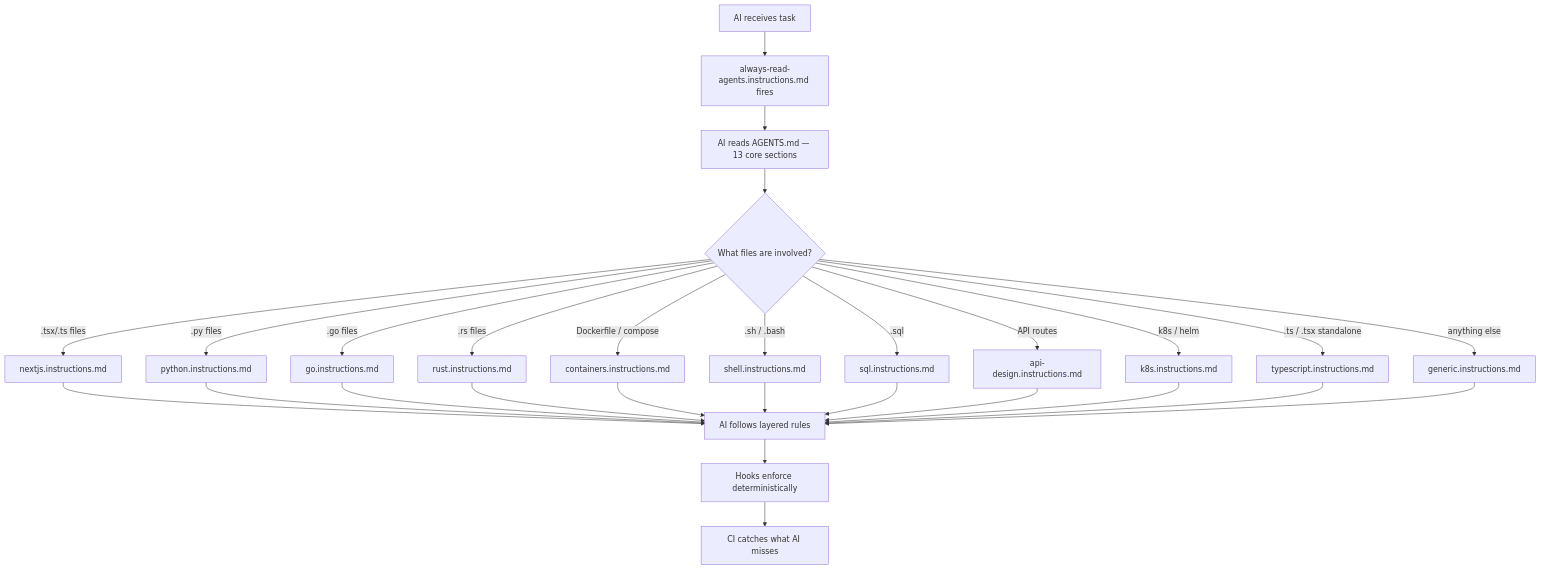
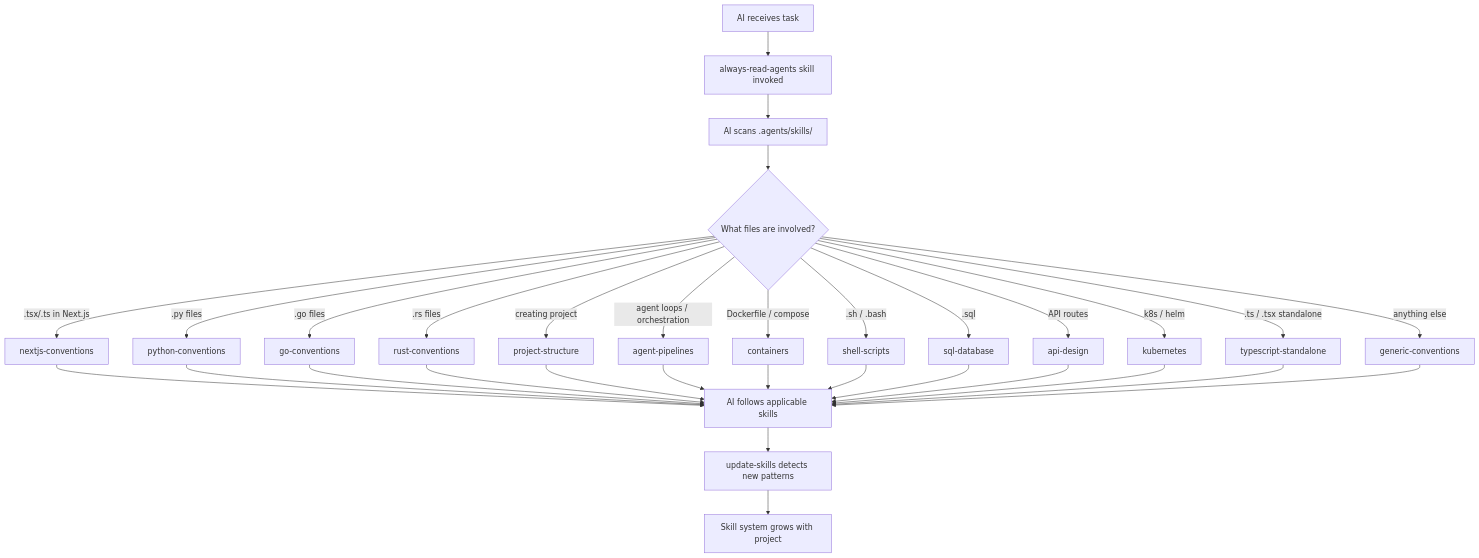
The second of 2 diagrams in README.md (jtmb/ingenium), drawn with Mermaid before and after one commit. The commit also changed other lines of this file and 52 other files, not shown here.

First line of the commit message:
refactor(AGENTS.md): migrate to skill-system index entry point

````diff
--- a/README.md
+++ b/README.md
@@ -107,30 +132,34 @@
 ```mermaid
 graph TD
-    A[AI receives task] --> B[always-read-agents.instructions.md fires]
-    B --> C[AI reads AGENTS.md — 13 core sections]
+    A[AI receives task] --> B[always-read-agents skill invoked]
+    B --> C[AI scans .agents/skills/]
     C --> D{What files are involved?}
-    D -->|.tsx/.ts files| E[nextjs.instructions.md]
-    D -->|.py files| F[python.instructions.md]
-    D -->|.go files| G[go.instructions.md]
-    D -->|.rs files| H[rust.instructions.md]
-    D -->|Dockerfile / compose| X1[containers.instructions.md]
-    D -->|.sh / .bash| X2[shell.instructions.md]
-    D -->|.sql| X3[sql.instructions.md]
-    D -->|API routes| X4[api-design.instructions.md]
-    D -->|k8s / helm| X5[k8s.instructions.md]
-    D -->|.ts / .tsx standalone| X6[typescript.instructions.md]
-    D -->|anything else| I[generic.instructions.md]
-    E --> J[AI follows layered rules]
+    D -->|.tsx/.ts in Next.js| E[nextjs-conventions]
+    D -->|.py files| F[python-conventions]
+    D -->|.go files| G[go-conventions]
+    D -->|.rs files| H[rust-conventions]
+    D -->|creating project| P[project-structure]
+    D -->|agent loops / orchestration| AP[agent-pipelines]
+    D -->|Dockerfile / compose| X1[containers]
+    D -->|.sh / .bash| X2[shell-scripts]
+    D -->|.sql| X3[sql-database]
+    D -->|API routes| X4[api-design]
+    D -->|k8s / helm| X5[kubernetes]
+    D -->|.ts / .tsx standalone| X6[typescript-standalone]
+    D -->|anything else| I[generic-conventions]
+    E --> J[AI follows applicable skills]
     F --> J
     G --> J
     H --> J
+    P --> J
+    AP --> J
     X1 --> J
     X2 --> J
     X3 --> J
     X4 --> J
     X5 --> J
     X6 --> J
     I --> J
-    J --> K[Hooks enforce deterministically]
-    K --> L[CI catches what AI misses]
+    J --> K[update-skills detects new patterns]
+    K --> L[Skill system grows with project]
 ```
````
